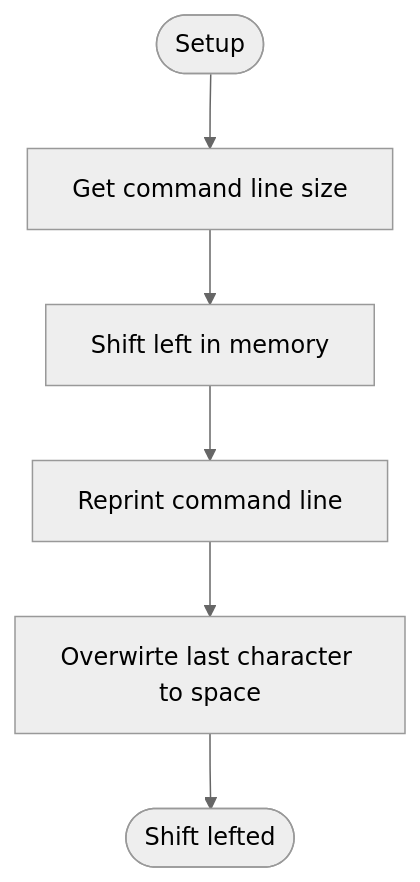
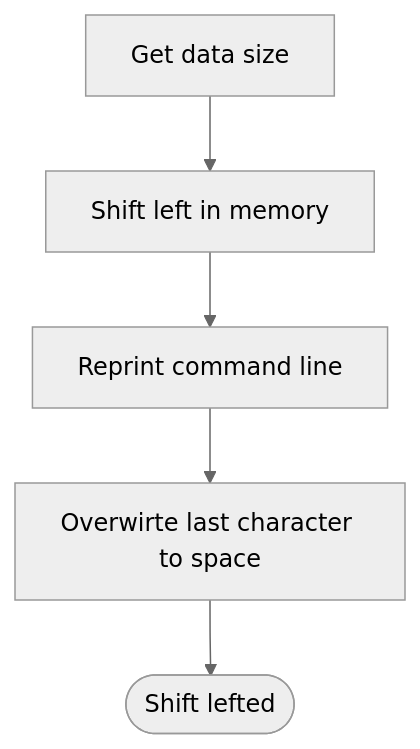
The first of 2 diagrams in docs/drv/display.md (facooya/fayos), drawn with Mermaid (neutral theme) before and after one commit. The commit also changed other lines of this file and 2 other files, not shown here.

Commit message:
refactor(display): Deduplicate for shift left in command line

````diff
--- a/docs/drv/display.md
+++ b/docs/drv/display.md
@@ -45,6 +45,4 @@
 ```mermaid
 graph TD
-Start([Setup])
-End([Shift lefted])
-Start --> GetSize[Get command line size] --> ShfLeft[Shift left in memory] --> Out[Reprint command line] --> Overwrite[Overwirte last character to space] --> End
+GetSize[Get data size] --> ShfLeft[Shift left in memory] --> Out[Reprint command line] --> Overwrite[Overwirte last character to space] --> End([Shift lefted])
 ```
````
